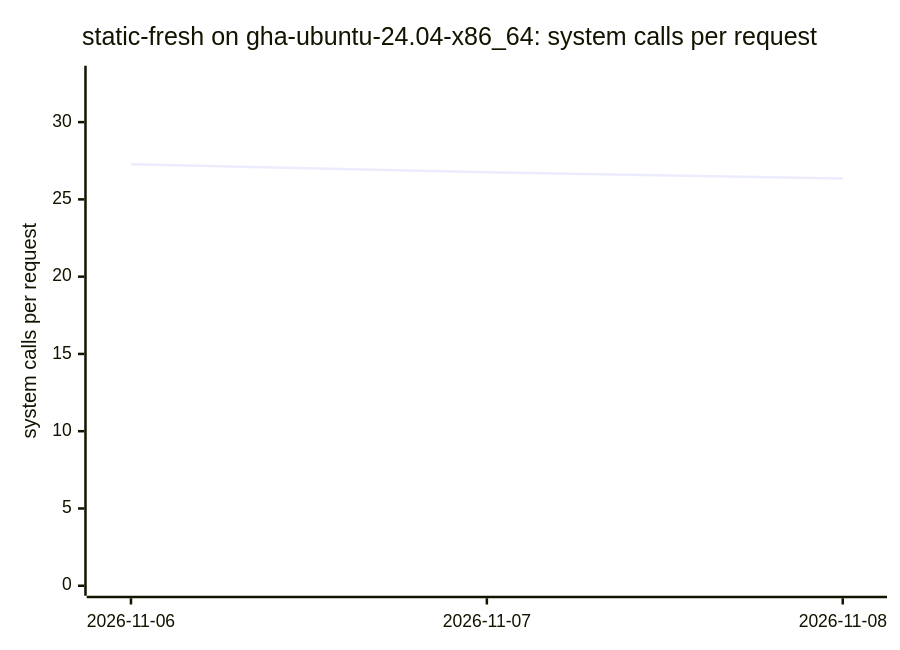
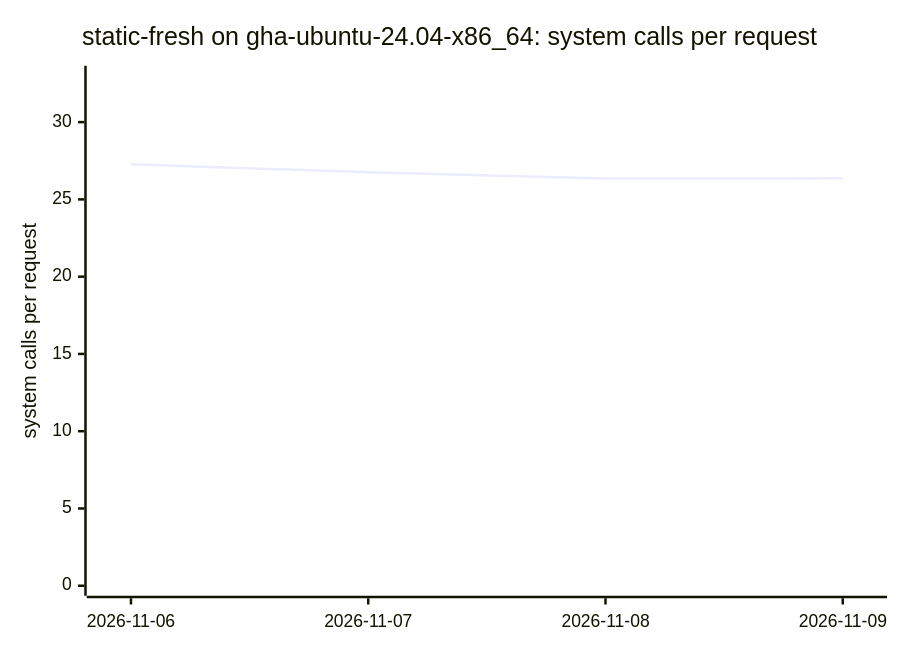
Before and after one commit to ThePixelPilgrim/durchlauferhitzer: diagram 12 of 18 in BENCHMARKS.md, drawn with Mermaid. The commit also changed other lines of this file and 1 other file, not shown here.

````diff
--- a/BENCHMARKS.md
+++ b/BENCHMARKS.md
@@ -127,7 +138,7 @@
 ```mermaid
 xychart-beta
   title "static-fresh on gha-ubuntu-24.04-x86_64: system calls per request"
-  x-axis ["2026-11-06", "2026-11-07", "2026-11-08"]
+  x-axis ["2026-11-06", "2026-11-07", "2026-11-08", "2026-11-09"]
   y-axis "system calls per request" 0 --> 33
-  line [27.28, 26.75, 26.35]
+  line [27.28, 26.75, 26.35, 26.36]
 ```
````
